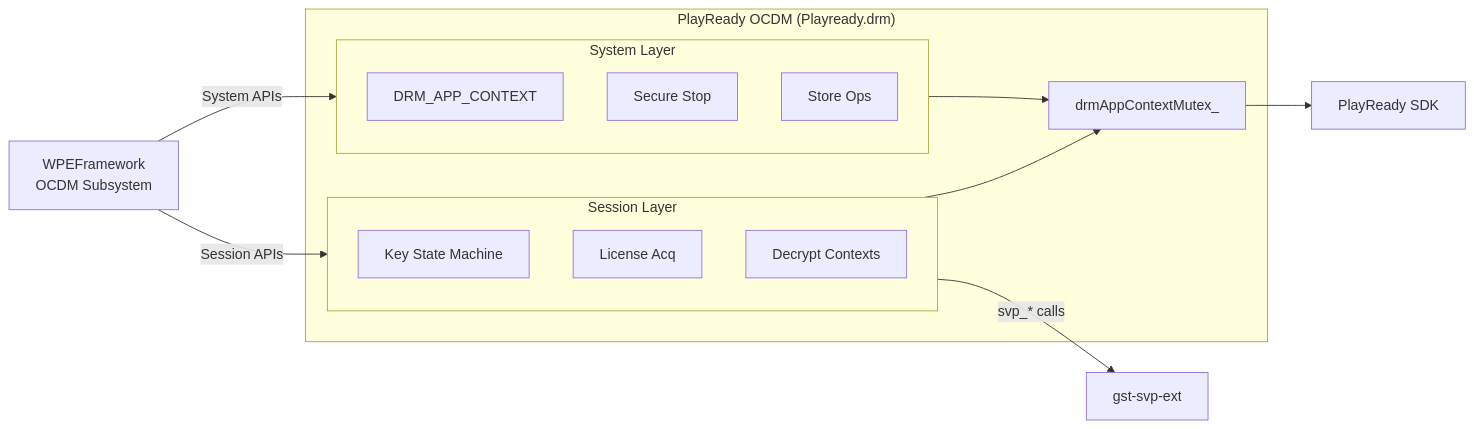
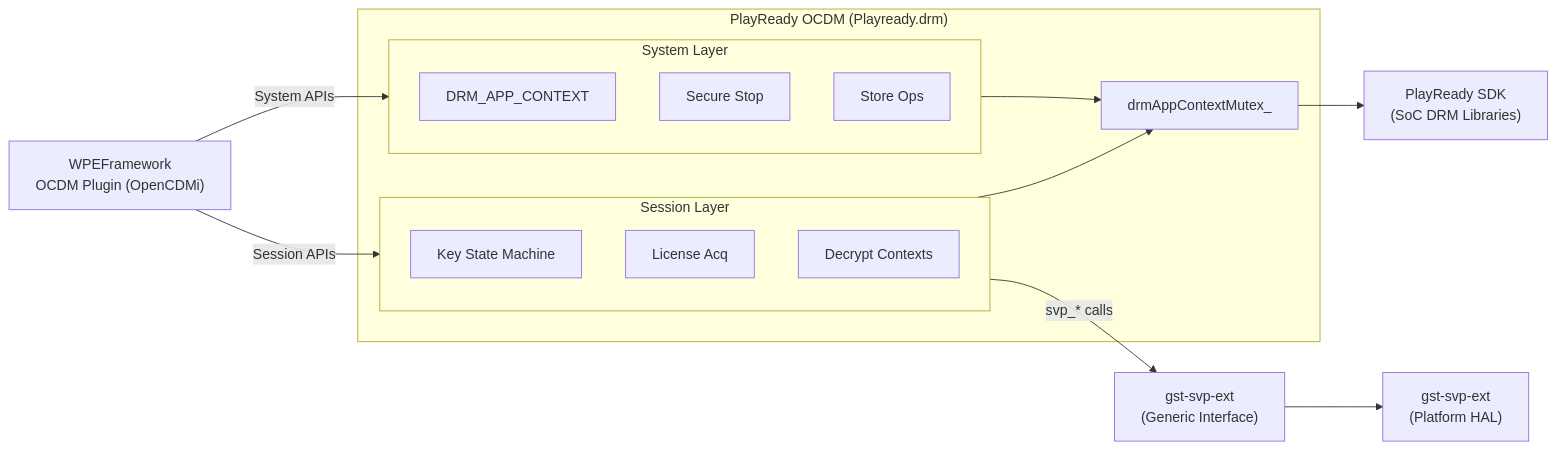
One commit to rdkcentral/playready-rdk changed the second of 8 diagrams in docs/README.md. Above: the diagram before and after it, drawn with Mermaid. The commit also changed other lines of this file, not shown here.

````diff
--- a/docs/README.md
+++ b/docs/README.md
@@ -66,29 +68,31 @@
 ```mermaid
 graph LR
 
-    OCDM["WPEFramework\nOCDM Subsystem"]
+    OCDM["WPEFramework\nOCDM Plugin (OpenCDMi)"]
 
-    subgraph Plugin["PlayReady OCDM (Playready.drm)"]
+    subgraph Component["PlayReady OCDM (Playready.drm)"]
         subgraph SysL["System Layer"]
             SysCtx["DRM_APP_CONTEXT"]
             SecStop["Secure Stop"]
             StoreOps["Store Ops"]
         end
         Mutex["drmAppContextMutex_"]
         subgraph SessL["Session Layer"]
             KeySM["Key State Machine"]
             LicAcq["License Acq"]
             DecCtx["Decrypt Contexts"]
         end
     end
 
-    PRSDK["PlayReady SDK"]
-    SVP["gst-svp-ext"]
+    PRSDK["PlayReady SDK\n(SoC DRM Libraries)"]
+    SVP_GEN["gst-svp-ext\n(Generic Interface)"]
+    SVP_HAL["gst-svp-ext\n(Platform HAL)"]
+    SVP_GEN --> SVP_HAL
 
     OCDM -->|"System APIs"| SysL
     OCDM -->|"Session APIs"| SessL
     SysL --> Mutex
     SessL --> Mutex
     Mutex --> PRSDK
-    SessL -->|"svp_* calls"| SVP
+    SessL -->|"svp_* calls"| SVP_GEN
 ```
````
